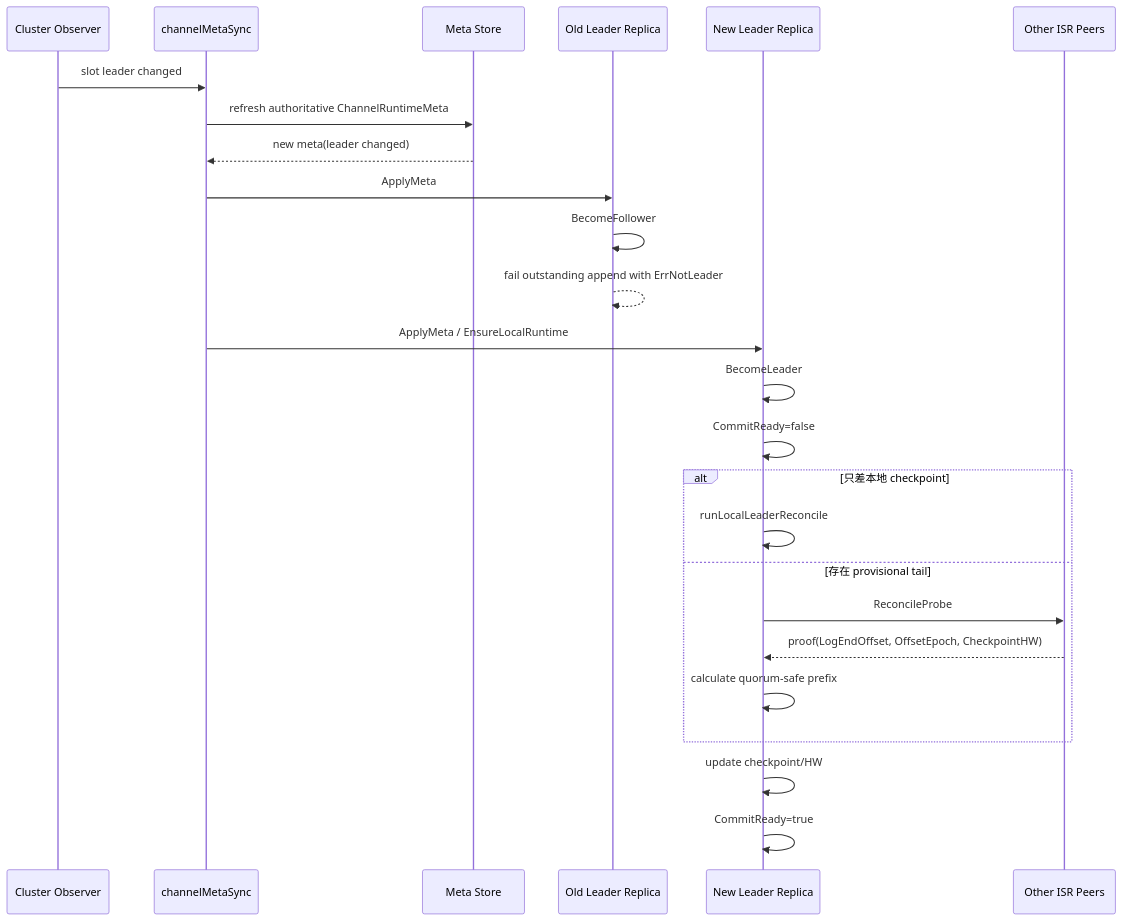
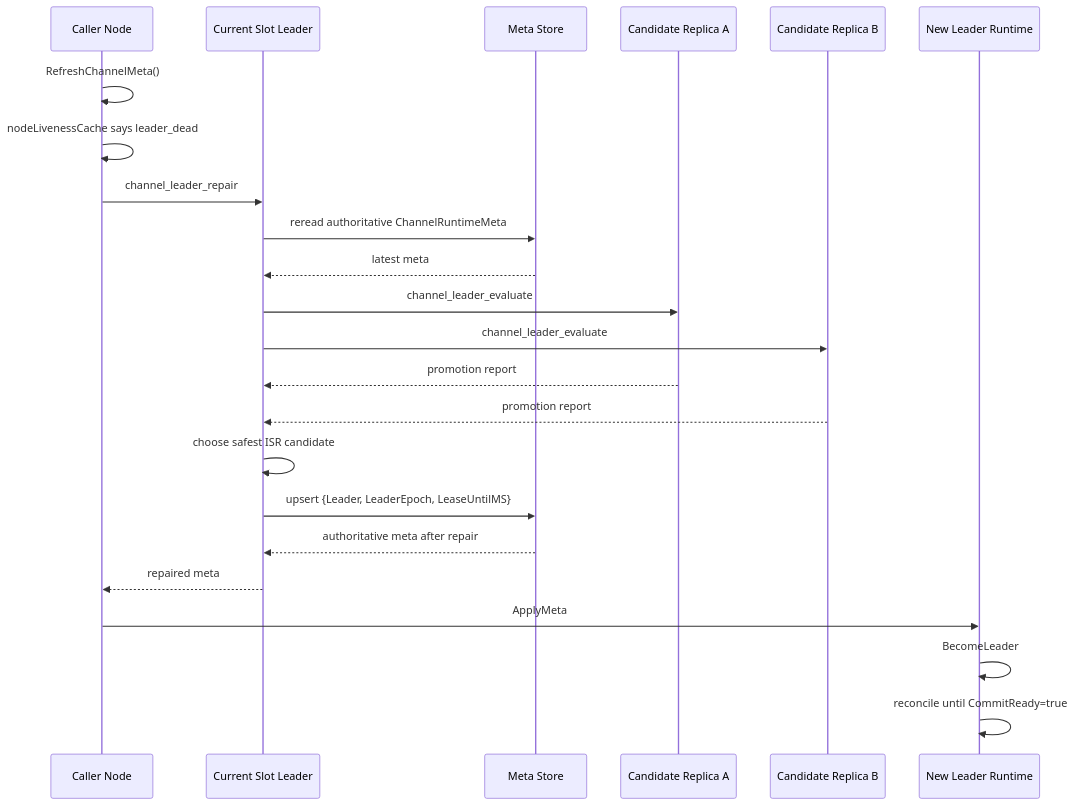
The diagram in docs/wiki/channel/leader-switch-reconcile.md (WuKongIM/wkcore), drawn with Mermaid before and after one commit. The commit also changed other lines of this file and 41 other files, not shown here.

Commit message:
feat: repair channel leader after liveness changes

````diff
--- a/docs/wiki/channel/leader-switch-reconcile.md
+++ b/docs/wiki/channel/leader-switch-reconcile.md
@@ -141,32 +212,30 @@
 ```mermaid
 sequenceDiagram
-    participant CL as Cluster Observer
-    participant S as channelMetaSync
+    participant C as Caller Node
+    participant SL as Current Slot Leader
     participant DB as Meta Store
-    participant OL as Old Leader Replica
-    participant NL as New Leader Replica
-    participant P as Other ISR Peers
+    participant R1 as Candidate Replica A
+    participant R2 as Candidate Replica B
+    participant NL as New Leader Runtime
 
-    CL->>S: slot leader changed
-    S->>DB: refresh authoritative ChannelRuntimeMeta
-    DB-->>S: new meta(leader changed)
+    C->>C: RefreshChannelMeta()
+    C->>C: nodeLivenessCache says leader_dead
+    C->>SL: channel_leader_repair
 
-    S->>OL: ApplyMeta
-    OL->>OL: BecomeFollower
-    OL-->>OL: fail outstanding append with ErrNotLeader
+    SL->>DB: reread authoritative ChannelRuntimeMeta
+    DB-->>SL: latest meta
 
-    S->>NL: ApplyMeta / EnsureLocalRuntime
+    SL->>R1: channel_leader_evaluate
+    SL->>R2: channel_leader_evaluate
+    R1-->>SL: promotion report
+    R2-->>SL: promotion report
+
+    SL->>SL: choose safest ISR candidate
+    SL->>DB: upsert {Leader, LeaderEpoch, LeaseUntilMS}
+    DB-->>SL: authoritative meta after repair
+    SL-->>C: repaired meta
+
+    C->>NL: ApplyMeta
     NL->>NL: BecomeLeader
-    NL->>NL: CommitReady=false
-
-    alt 只差本地 checkpoint
-        NL->>NL: runLocalLeaderReconcile
-    else 存在 provisional tail
-        NL->>P: ReconcileProbe
-        P-->>NL: proof(LogEndOffset, OffsetEpoch, CheckpointHW)
-        NL->>NL: calculate quorum-safe prefix
-    end
-
-    NL->>NL: update checkpoint/HW
-    NL->>NL: CommitReady=true
+    NL->>NL: reconcile until CommitReady=true
 ```
````
